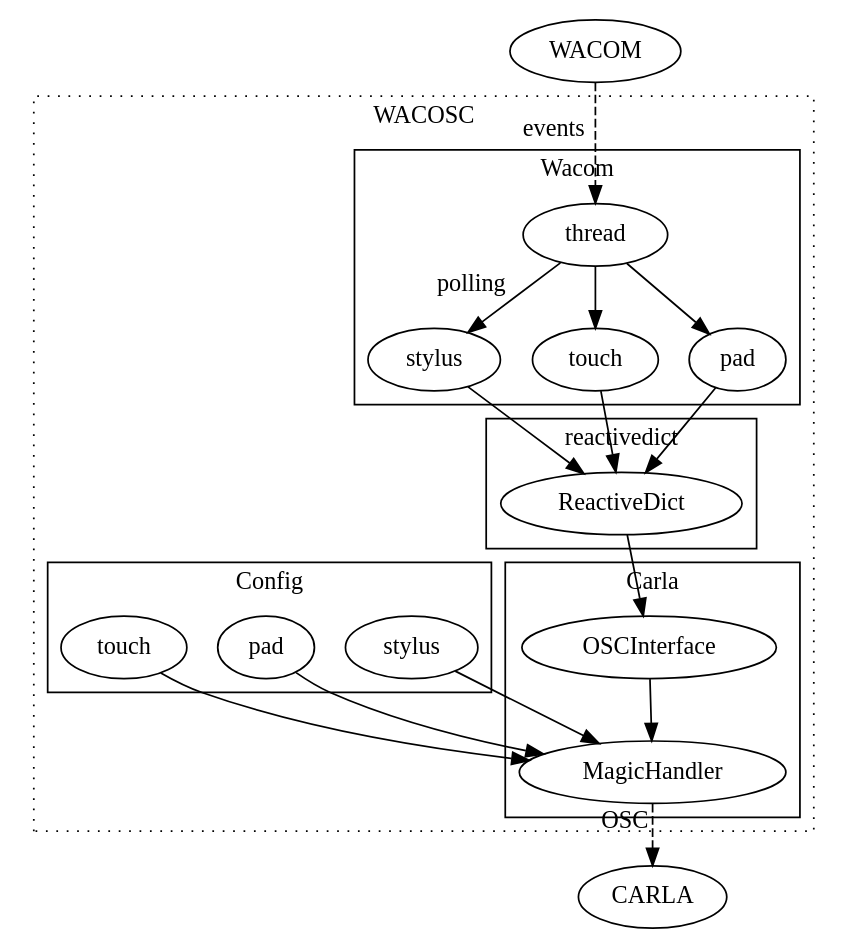
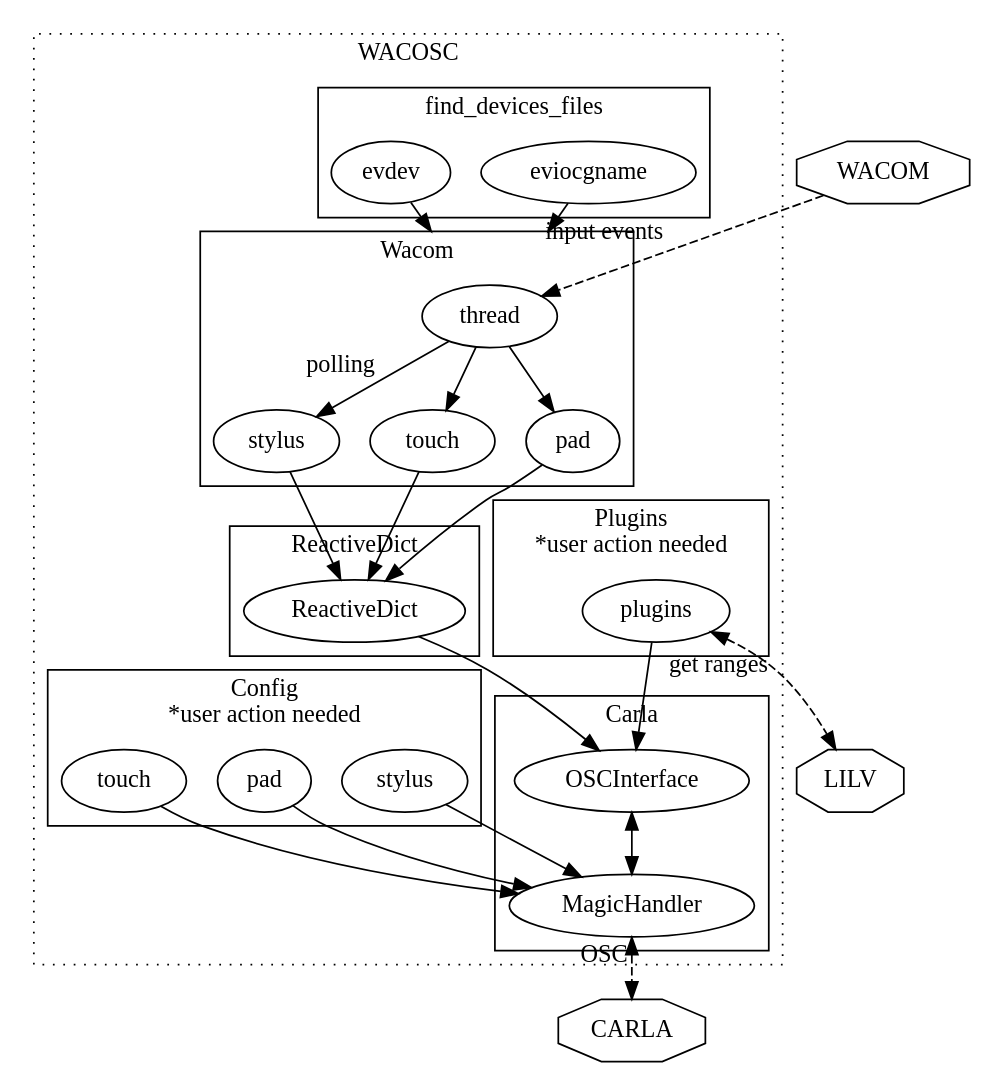
One commit to CastixGitHub/wacosc changed the diagram in diagram.dot. Above: the diagram before and after it, drawn with Graphviz. The commit also changed 6 other files, not shown here.

Commit message:
diagram completed i guess

```diff
--- a/diagram.dot
+++ b/diagram.dot
@@ -1,54 +1,73 @@
 digraph {
+	compound=true;
+	node [ fontname="Handlee" ];
 	subgraph cluster_wacosc {
 		label="WACOSC";
 		style="dotted";
+		subgraph cluster_dev_map {
+			label="find_devices_files";
+			style="solid";
+			eviocgname
+			evdev
+		}
 		subgraph cluster_carla {
 			label="Carla";
 			style="solid";
 			OSCInterface
 			MagicHandler
 		}
 		
 		subgraph cluster_wacom {
 			label="Wacom";
 			style="solid";
 			stylus
 			touch
 			pad
 			thread
 		}
+		eviocgname -> thread [lhead=cluster_wacom]
+		evdev -> thread [lhead=cluster_wacom]
   
 		subgraph cluster_reactivedict {
-			label="reactivedict";
+			label="ReactiveDict";
 			style="solid";
 			ReactiveDict
+		}
+
+		subgraph cluster_plugins {
+			label="Plugins\n*user action needed";
+			style="solid";
+			plugins
 		}
   
 		thread -> stylus [xlabel="polling"]
 		thread -> pad
 		thread -> touch
   
 		stylus -> ReactiveDict
 		pad -> ReactiveDict
 		touch -> ReactiveDict
   
 		ReactiveDict -> OSCInterface
+		plugins -> OSCInterface
 
 		subgraph cluster_config {
-			label="Config";
+			label="Config\n*user action needed";
 			style="solid";
 			cfg_stylus [label="stylus"]
 			cfg_pad [label="pad"]
 			cfg_touch [label="touch"]
 		}
 
-		OSCInterface -> MagicHandler
+		OSCInterface -> MagicHandler [dir=both]
 
 		cfg_stylus -> MagicHandler
 		cfg_pad -> MagicHandler
 		cfg_touch -> MagicHandler
 	}
-  
-	MagicHandler -> CARLA [style="dashed" xlabel="OSC"]
-	WACOM -> thread [style="dashed" xlabel="events"]
+
+	node [shape="octagon"];
+	MagicHandler -> CARLA [style="dashed" xlabel="OSC" dir=both]
+	WACOM -> thread [style="dashed" xlabel="input events"]
+	plugins -> LILV [style="dashed" xlabel="get ranges" dir=both]
 }
```
